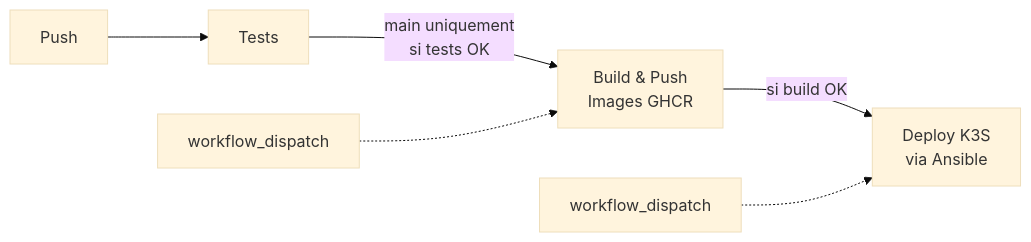
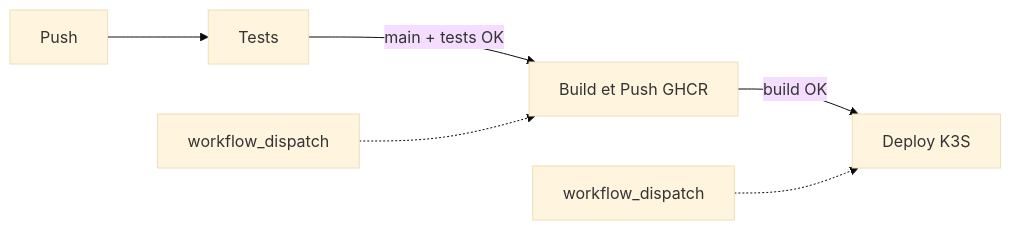
One commit to cjeanneau/Projet-Agent-IA-Immo-MCP changed the second of 4 diagrams in README.md. Above: the diagram before and after it, drawn with Mermaid (base theme). The commit also changed other lines of this file, not shown here.

Commit message:
CHORE fixing mermaid rendering

````diff
--- a/README.md
+++ b/README.md
@@ -160,9 +162,8 @@
 ```mermaid
 flowchart LR
-    Push["Push"] --> Tests["Tests"]
-    Tests -->|main uniquement\nsi tests OK| Build["Build & Push\nImages GHCR"]
-    Build -->|si build OK| Deploy["Deploy K3S\nvia Ansible"]
-
-    Manual1["workflow_dispatch"] -.-> Build
-    Manual2["workflow_dispatch"] -.-> Deploy
+    Push[Push] --> Tests[Tests]
+    Tests -->|main + tests OK| Build[Build et Push GHCR]
+    Build -->|build OK| Deploy[Deploy K3S]
+    Manual1[workflow_dispatch] -.-> Build
+    Manual2[workflow_dispatch] -.-> Deploy
 ```
````
